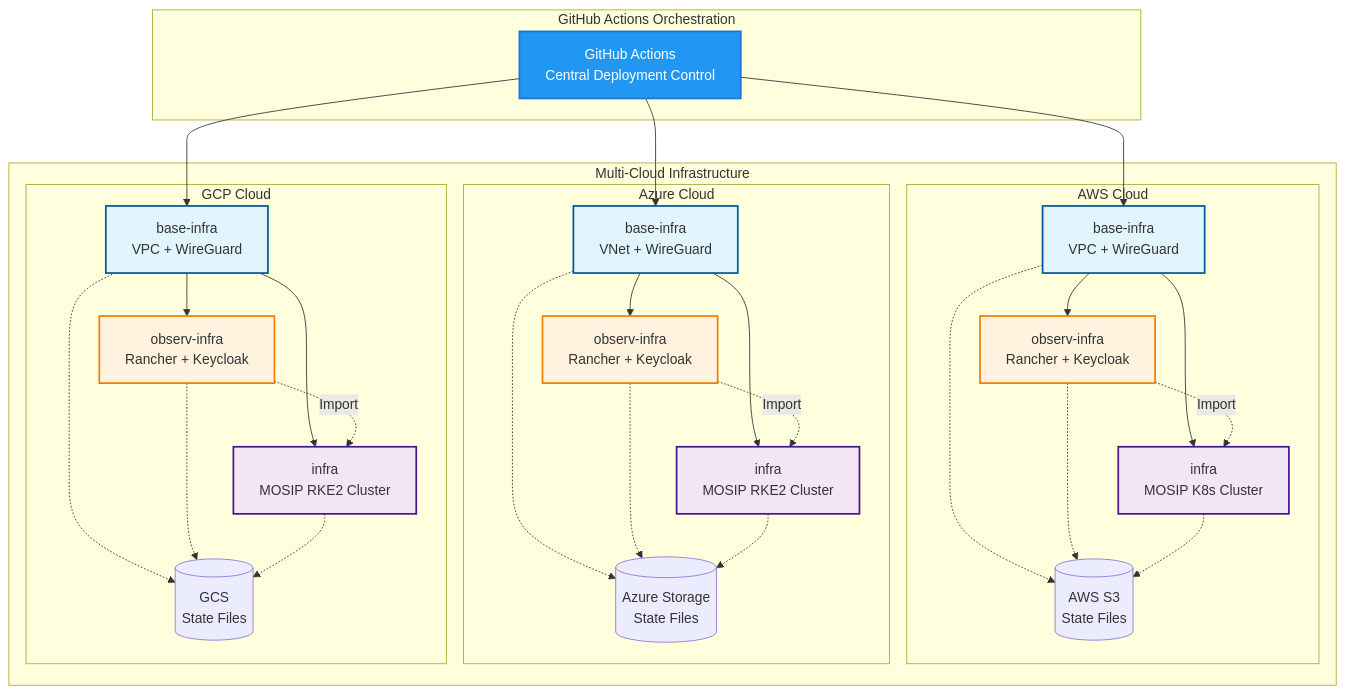
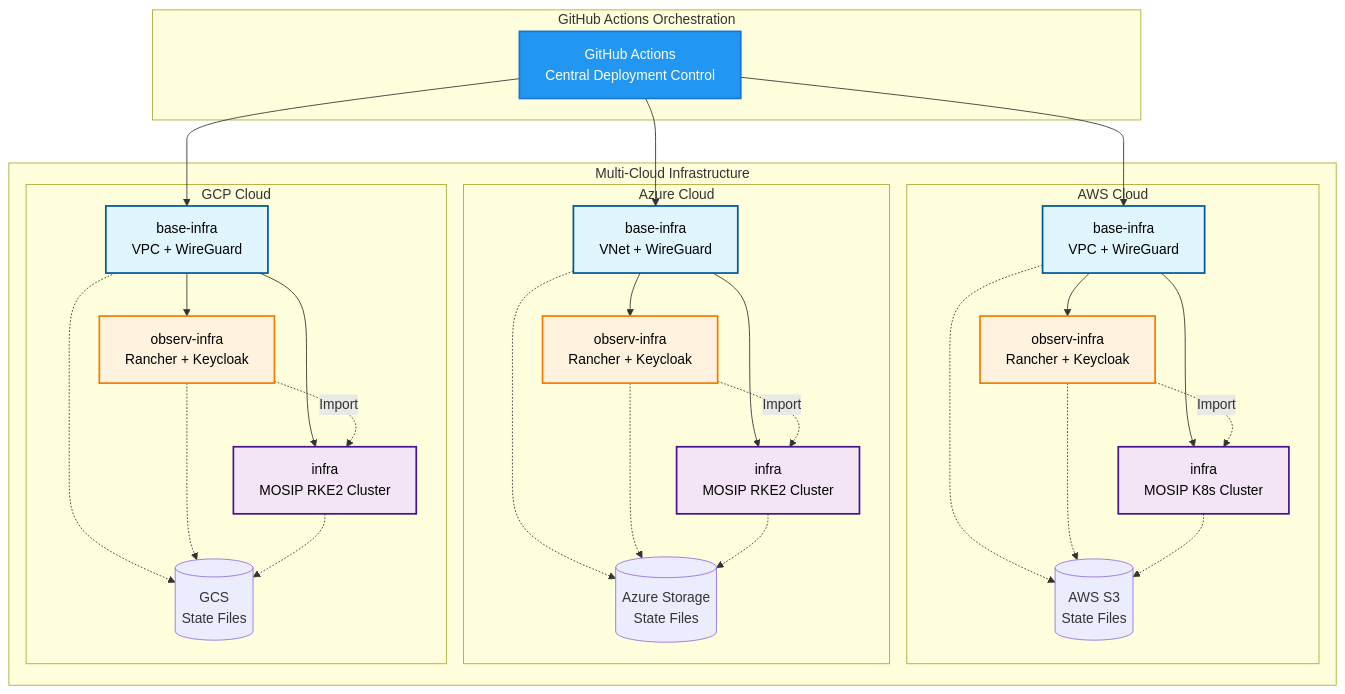
The first of 3 diagrams in README.md (mosip/infra), drawn with Mermaid before and after one commit. The commit also changed other lines of this file and 14 other files, not shown here.

````diff
--- a/README.md
+++ b/README.md
@@ -17,65 +17,65 @@
 ```mermaid
 graph TB
     subgraph "GitHub Actions Orchestration"
         GHA[GitHub Actions<br/>Central Deployment Control]
     end
     
     subgraph "Multi-Cloud Infrastructure"
         subgraph "AWS Cloud"
             AWS_BASE[base-infra<br/>VPC + WireGuard]
             AWS_OBS[observ-infra<br/>Rancher + Keycloak]
             AWS_INFRA[infra<br/>MOSIP K8s Cluster]
             AWS_STATE[(AWS S3<br/>State Files)]
         end
         
         subgraph "Azure Cloud"
             AZ_BASE[base-infra<br/>VNet + WireGuard]
             AZ_OBS[observ-infra<br/>Rancher + Keycloak]
             AZ_INFRA[infra<br/>MOSIP RKE2 Cluster]
             AZ_STATE[(Azure Storage<br/>State Files)]
         end
         
         subgraph "GCP Cloud"
             GCP_BASE[base-infra<br/>VPC + WireGuard]
             GCP_OBS[observ-infra<br/>Rancher + Keycloak]
             GCP_INFRA[infra<br/>MOSIP RKE2 Cluster]
             GCP_STATE[(GCS<br/>State Files)]
         end
     end
     
     GHA --> AWS_BASE
     GHA --> AZ_BASE
     GHA --> GCP_BASE
     
     AWS_BASE --> AWS_OBS
     AWS_BASE --> AWS_INFRA
     AWS_OBS -.->|Import| AWS_INFRA
     AWS_BASE -.-> AWS_STATE
     AWS_OBS -.-> AWS_STATE
     AWS_INFRA -.-> AWS_STATE
     
     AZ_BASE --> AZ_OBS
     AZ_BASE --> AZ_INFRA
     AZ_OBS -.->|Import| AZ_INFRA
     AZ_BASE -.-> AZ_STATE
     AZ_OBS -.-> AZ_STATE
     AZ_INFRA -.-> AZ_STATE
     
     GCP_BASE --> GCP_OBS
     GCP_BASE --> GCP_INFRA
     GCP_OBS -.->|Import| GCP_INFRA
     GCP_BASE -.-> GCP_STATE
     GCP_OBS -.-> GCP_STATE
     GCP_INFRA -.-> GCP_STATE
     
     style GHA fill:#2196F3,stroke:#1976D2,stroke-width:2px,color:#fff
-    style AWS_BASE fill:#e1f5fe,stroke:#01579b,stroke-width:2px
-    style AWS_OBS fill:#fff3e0,stroke:#f57c00,stroke-width:2px
-    style AWS_INFRA fill:#f3e5f5,stroke:#4a148c,stroke-width:2px
-    style AZ_BASE fill:#e1f5fe,stroke:#01579b,stroke-width:2px
-    style AZ_OBS fill:#fff3e0,stroke:#f57c00,stroke-width:2px
-    style AZ_INFRA fill:#f3e5f5,stroke:#4a148c,stroke-width:2px
-    style GCP_BASE fill:#e1f5fe,stroke:#01579b,stroke-width:2px
-    style GCP_OBS fill:#fff3e0,stroke:#f57c00,stroke-width:2px
-    style GCP_INFRA fill:#f3e5f5,stroke:#4a148c,stroke-width:2px
+    style AWS_BASE fill:#e1f5fe,stroke:#01579b,stroke-width:2px,color:#000000
+    style AWS_OBS fill:#fff3e0,stroke:#f57c00,stroke-width:2px,color:#000000
+    style AWS_INFRA fill:#f3e5f5,stroke:#4a148c,stroke-width:2px,color:#000000
+    style AZ_BASE fill:#e1f5fe,stroke:#01579b,stroke-width:2px,color:#000000
+    style AZ_OBS fill:#fff3e0,stroke:#f57c00,stroke-width:2px,color:#000000
+    style AZ_INFRA fill:#f3e5f5,stroke:#4a148c,stroke-width:2px,color:#000000
+    style GCP_BASE fill:#e1f5fe,stroke:#01579b,stroke-width:2px,color:#000000
+    style GCP_OBS fill:#fff3e0,stroke:#f57c00,stroke-width:2px,color:#000000
+    style GCP_INFRA fill:#f3e5f5,stroke:#4a148c,stroke-width:2px,color:#000000
 ```
````
